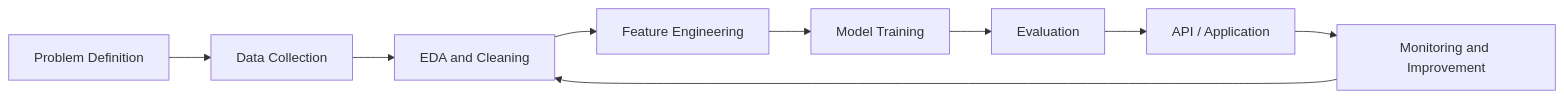
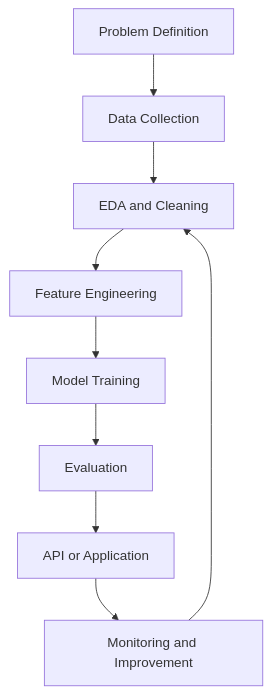
Before and after one commit to Chandril6290Da/Chandril6290Da: the diagram in README.md, drawn with Mermaid. The commit also changed other lines of this file, not shown here.

````diff
--- a/README.md
+++ b/README.md
@@ -171,11 +188,11 @@
 ```mermaid
-flowchart LR
+flowchart TD
     A[Problem Definition] --> B[Data Collection]
     B --> C[EDA and Cleaning]
     C --> D[Feature Engineering]
     D --> E[Model Training]
     E --> F[Evaluation]
-    F --> G[API / Application]
+    F --> G[API or Application]
     G --> H[Monitoring and Improvement]
     H --> C
 ```
````
